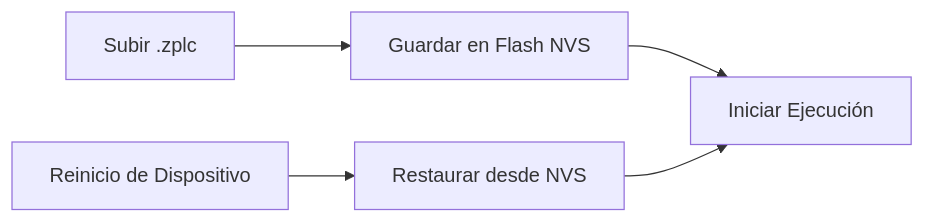
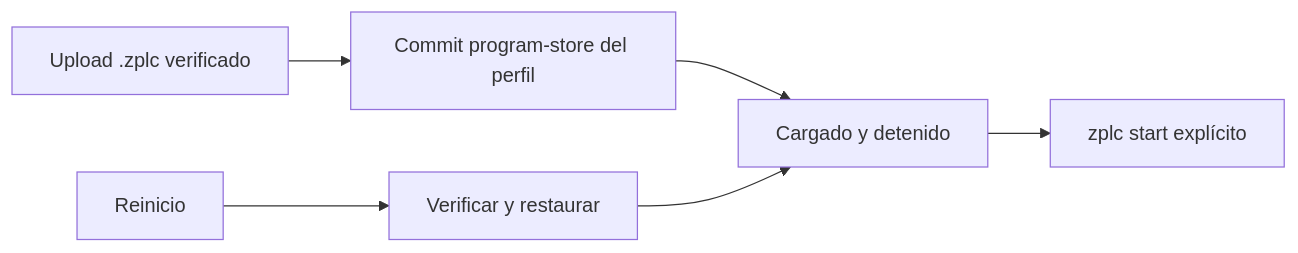
Before and after one commit to eduardojvieira/ZPLC: the diagram in docs/i18n/es/docusaurus-plugin-content-docs/current/runtime/persistence.md, drawn with Mermaid. The commit also changed other lines of this file and 62 other files, not shown here.

````diff
--- a/docs/i18n/es/docusaurus-plugin-content-docs/current/runtime/persistence.md
+++ b/docs/i18n/es/docusaurus-plugin-content-docs/current/runtime/persistence.md
@@ -29,7 +32,8 @@
 ```mermaid
 flowchart LR
-  Load[Subir .zplc] --> Save[Guardar en Flash NVS]
-  Save --> Run[Iniciar Ejecución]
-  Boot[Reinicio de Dispositivo] --> Restore[Restaurar desde NVS]
-  Restore --> Run
+  Load[Upload .zplc verificado] --> Save[Commit program-store del perfil]
+  Save --> Ready[Cargado y detenido]
+  Boot[Reinicio] --> Restore[Verificar y restaurar]
+  Restore --> Ready
+  Ready --> Start[zplc start explícito]
 ```
````
